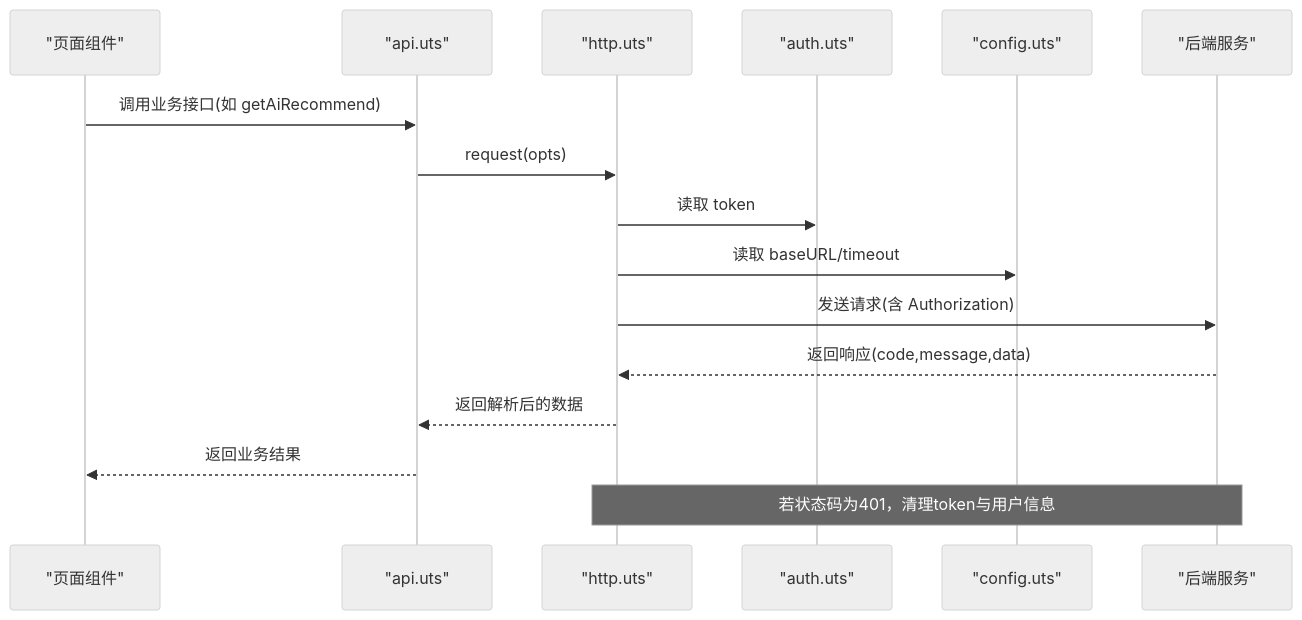
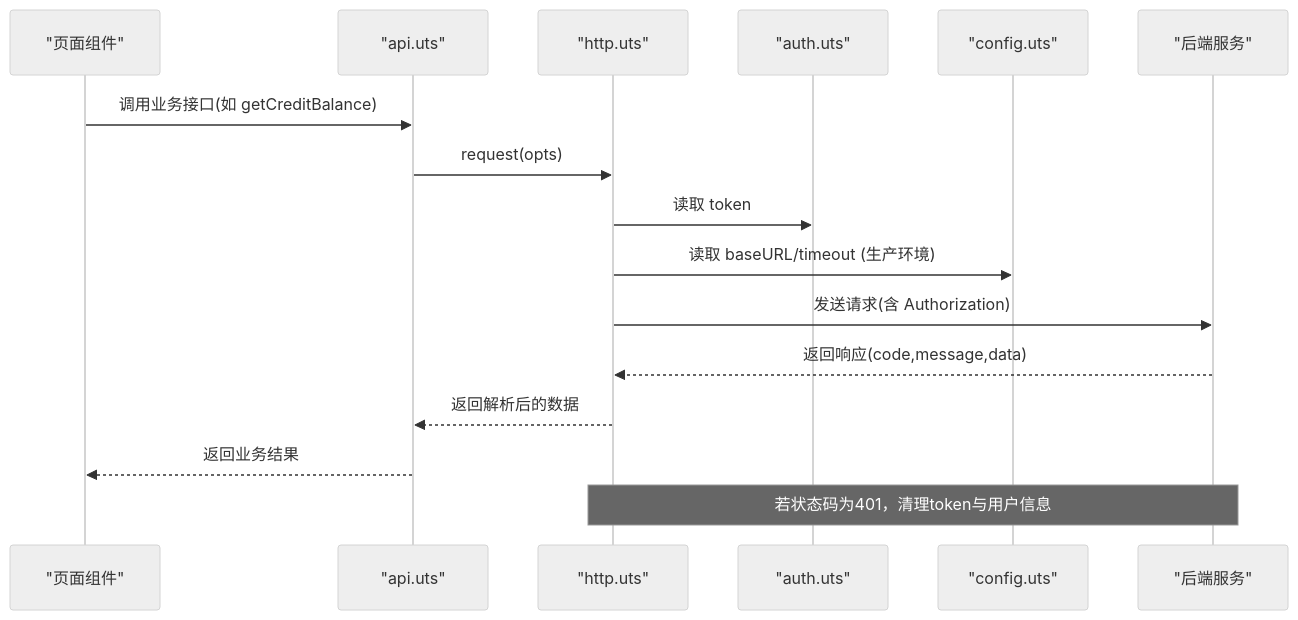
One commit to crazyma99/blueberry changed the second of 3 diagrams in .qoder/repowiki/zh/content/工具模块详解/API接口封装层.md. Above: the diagram before and after it, drawn with Mermaid (neutral theme). The commit also changed other lines of this file and 10 other files, not shown here.

````diff
--- a/.qoder/repowiki/zh/content/工具模块详解/API接口封装层.md
+++ b/.qoder/repowiki/zh/content/工具模块详解/API接口封装层.md
@@ -165,18 +171,18 @@
 ```mermaid
 sequenceDiagram
 participant Page as "页面组件"
 participant API as "api.uts"
 participant HTTP as "http.uts"
 participant AUTH as "auth.uts"
 participant Conf as "config.uts"
 participant Server as "后端服务"
-Page->>API : 调用业务接口(如 getAiRecommend)
+Page->>API : 调用业务接口(如 getCreditBalance)
 API->>HTTP : request(opts)
 HTTP->>AUTH : 读取 token
-HTTP->>Conf : 读取 baseURL/timeout
+HTTP->>Conf : 读取 baseURL/timeout (生产环境)
 HTTP->>Server : 发送请求(含 Authorization)
 Server-->>HTTP : 返回响应(code,message,data)
 HTTP-->>API : 返回解析后的数据
 API-->>Page : 返回业务结果
 Note over HTTP,Server : 若状态码为401，清理token与用户信息
 ```
````
